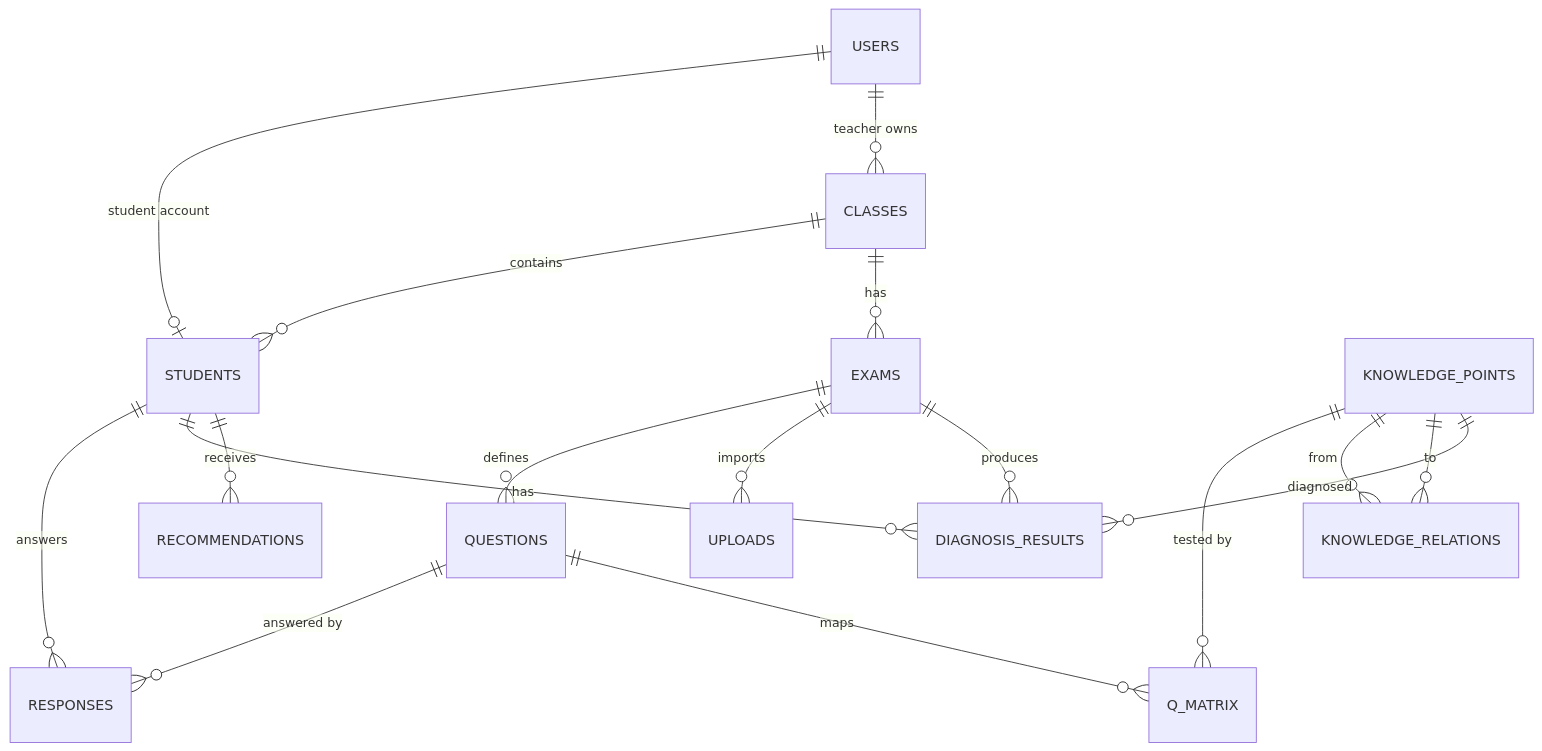
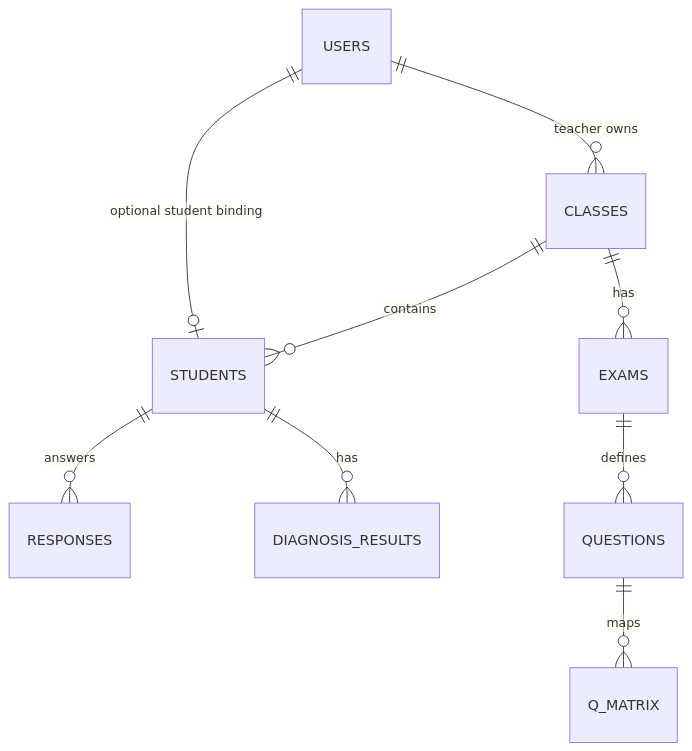
The diagram in docs/schema.md (kema0669/project), drawn with Mermaid before and after one commit. The commit also changed other lines of this file and 15 other files, not shown here.

Commit message:
feat: add student registration approval flow

````diff
--- a/docs/schema.md
+++ b/docs/schema.md
@@ -38,19 +34,11 @@
 ```mermaid
 erDiagram
-    USERS ||--o| STUDENTS : "student account"
+    USERS ||--o| STUDENTS : "optional student binding"
     USERS ||--o{ CLASSES : "teacher owns"
     CLASSES ||--o{ STUDENTS : "contains"
     CLASSES ||--o{ EXAMS : "has"
     EXAMS ||--o{ QUESTIONS : "defines"
-    EXAMS ||--o{ UPLOADS : "imports"
+    QUESTIONS ||--o{ Q_MATRIX : "maps"
     STUDENTS ||--o{ RESPONSES : "answers"
-    QUESTIONS ||--o{ RESPONSES : "answered by"
-    QUESTIONS ||--o{ Q_MATRIX : "maps"
-    KNOWLEDGE_POINTS ||--o{ Q_MATRIX : "tested by"
-    KNOWLEDGE_POINTS ||--o{ KNOWLEDGE_RELATIONS : "from"
-    KNOWLEDGE_POINTS ||--o{ KNOWLEDGE_RELATIONS : "to"
     STUDENTS ||--o{ DIAGNOSIS_RESULTS : "has"
-    KNOWLEDGE_POINTS ||--o{ DIAGNOSIS_RESULTS : "diagnosed"
-    STUDENTS ||--o{ RECOMMENDATIONS : "receives"
-    EXAMS ||--o{ DIAGNOSIS_RESULTS : "produces"
 ```
````
